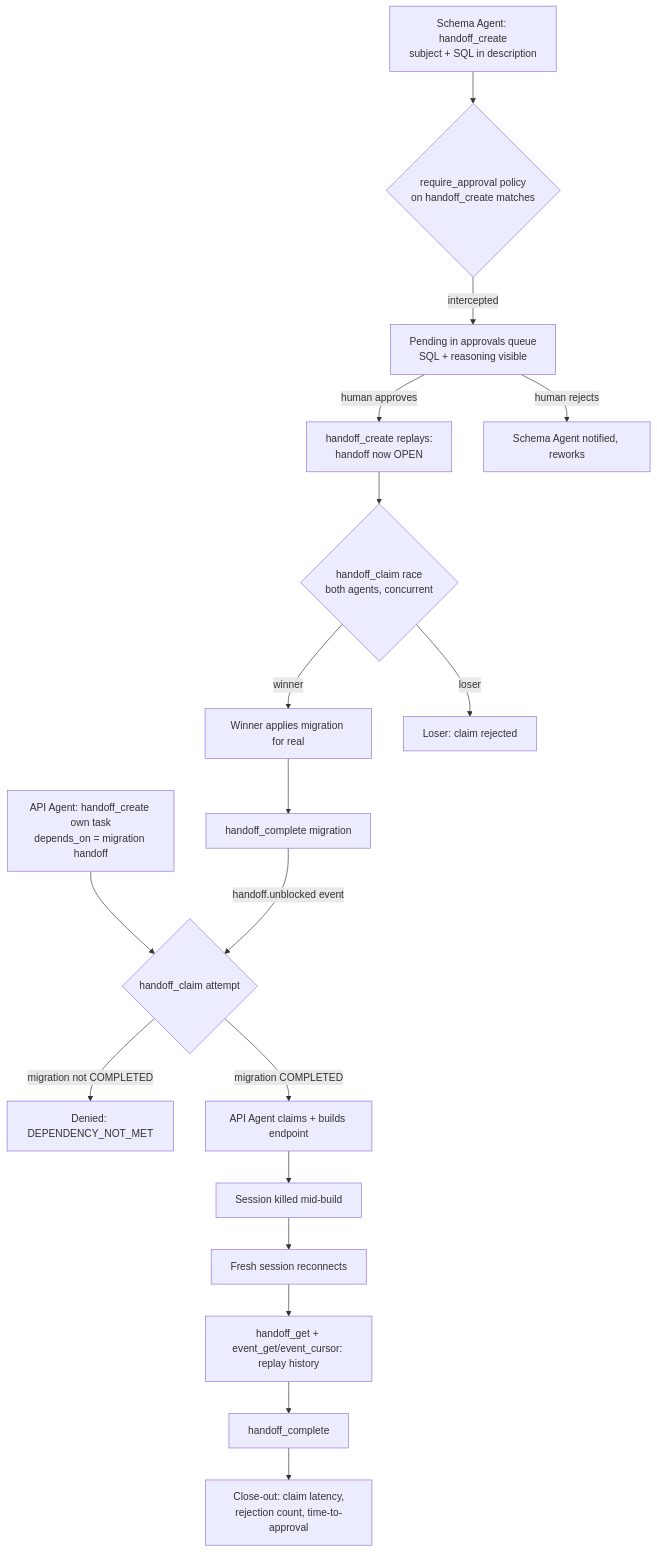
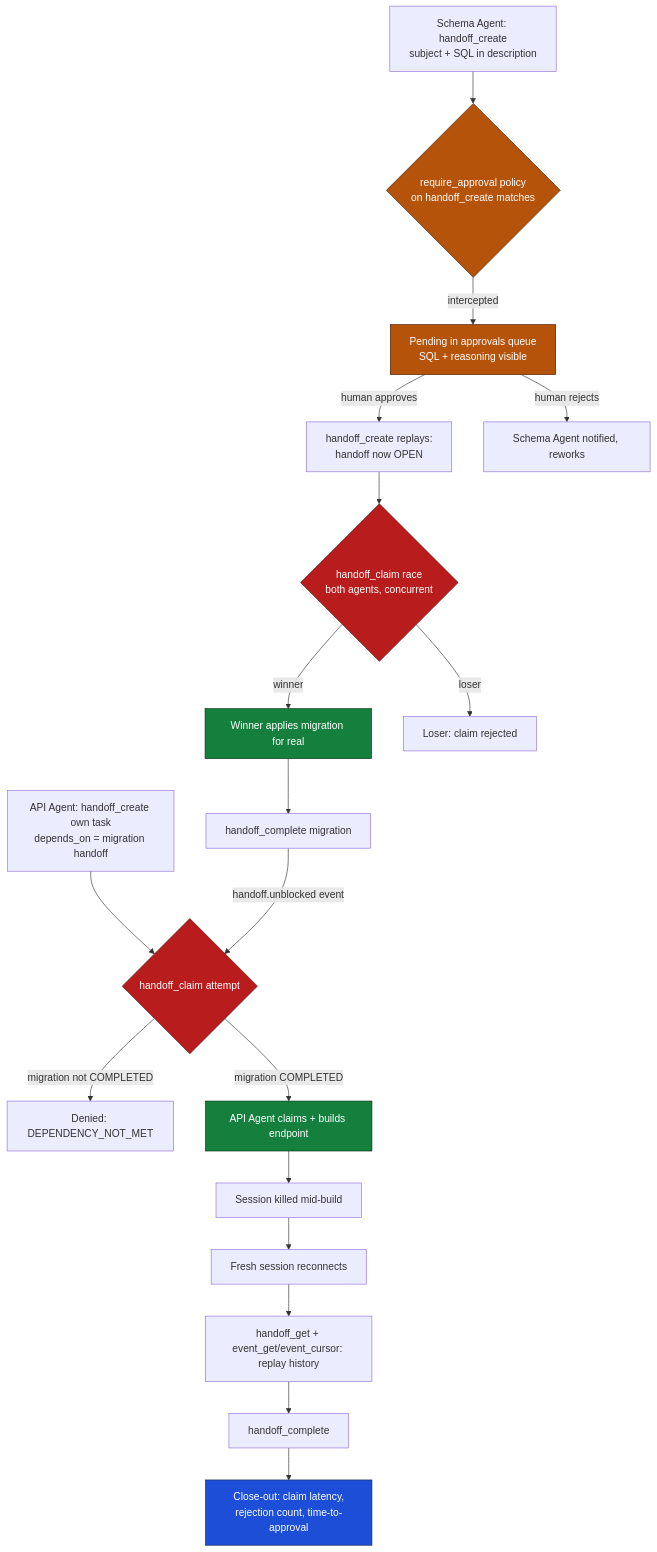
One commit to OktoLabsAI/nexus-brownfield-handoff-demo changed the diagram in README.md. Above: the diagram before and after it, drawn with Mermaid. The commit also changed other lines of this file and 2 other files, not shown here.

````diff
--- a/README.md
+++ b/README.md
@@ -68,24 +59,32 @@
 ```mermaid
 flowchart TD
     A[Schema Agent: handoff_create<br/>subject + SQL in description] --> B{require_approval policy<br/>on handoff_create matches}
     B -->|intercepted| C[Pending in approvals queue<br/>SQL + reasoning visible]
     C -->|human approves| D[handoff_create replays:<br/>handoff now OPEN]
     C -->|human rejects| E2[Schema Agent notified, reworks]
 
     D --> F{handoff_claim race<br/>both agents, concurrent}
     F -->|winner| G[Winner applies migration for real]
     F -->|loser| R1[Loser: claim rejected]
 
     H[API Agent: handoff_create own task<br/>depends_on = migration handoff] --> I{handoff_claim attempt}
     I -->|migration not COMPLETED| J[Denied: DEPENDENCY_NOT_MET]
     G --> K[handoff_complete migration]
     K -->|handoff.unblocked event| I
     I -->|migration COMPLETED| L[API Agent claims + builds endpoint]
 
     L --> M[Session killed mid-build]
     M --> N[Fresh session reconnects]
     N --> O[handoff_get + event_get/event_cursor: replay history]
     O --> P[handoff_complete]
 
     P --> Q[Close-out: claim latency,<br/>rejection count, time-to-approval]
+
+    style B fill:#b45309,stroke:#451a03,color:#ffffff
+    style C fill:#b45309,stroke:#451a03,color:#ffffff
+    style F fill:#b91c1c,stroke:#450a0a,color:#ffffff
+    style G fill:#15803d,stroke:#052e16,color:#ffffff
+    style I fill:#b91c1c,stroke:#450a0a,color:#ffffff
+    style L fill:#15803d,stroke:#052e16,color:#ffffff
+    style Q fill:#1d4ed8,stroke:#172554,color:#ffffff
 ```
````
